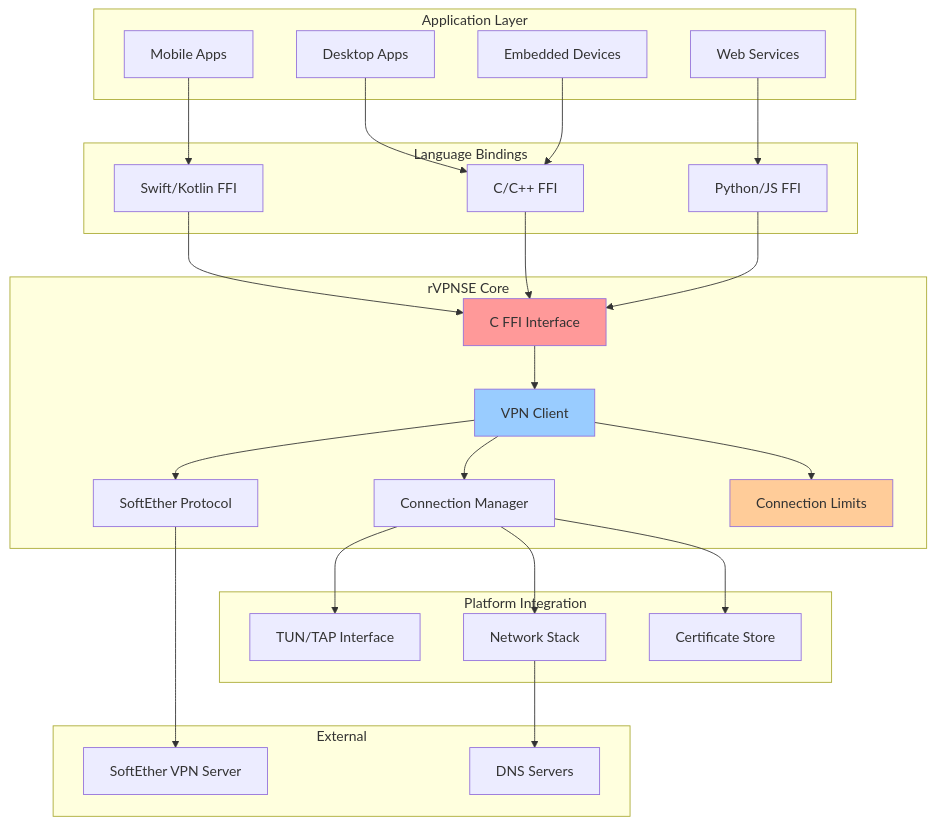
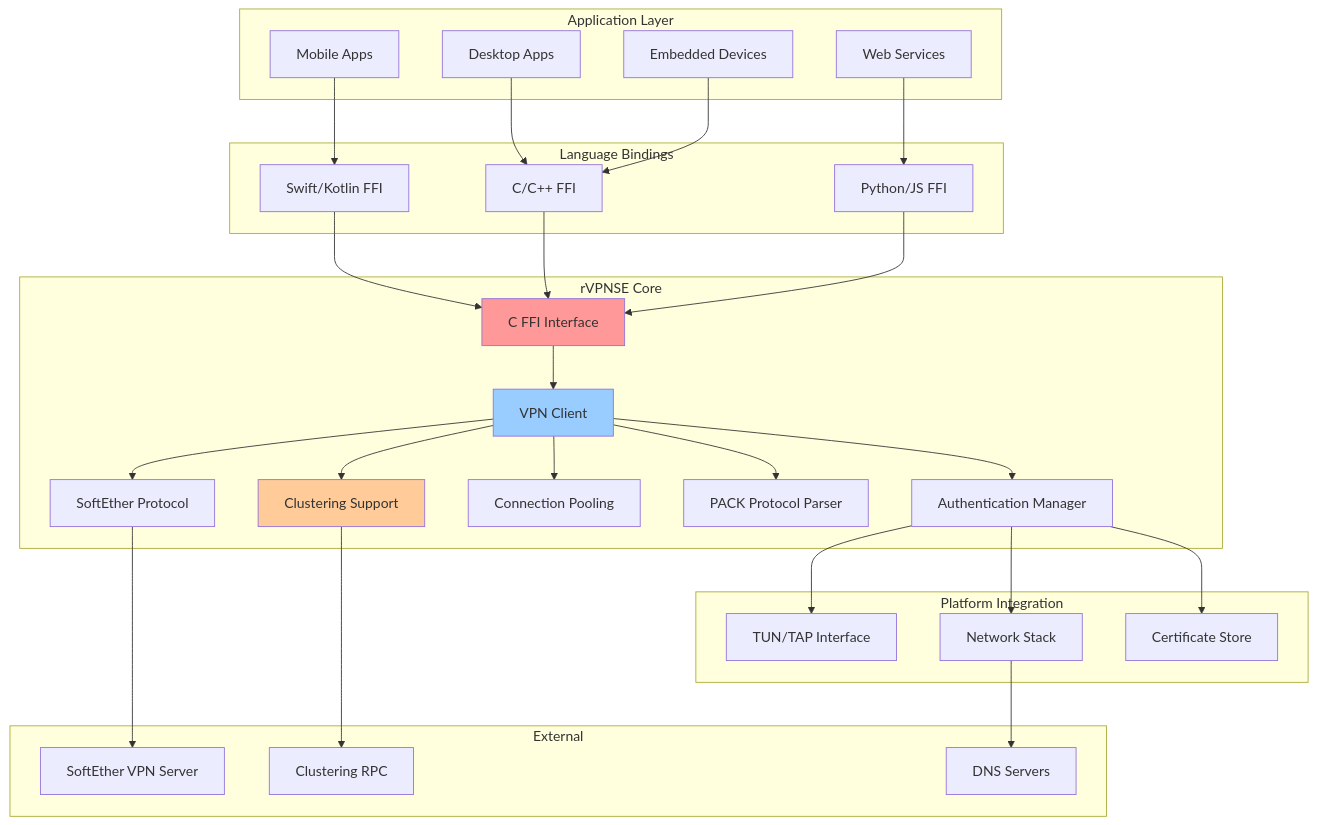
One commit to dev5-devstroop/rVPNSE changed the first of 2 diagrams in README.md. Above: the diagram before and after it, drawn with Mermaid. The commit also changed other lines of this file and 9 other files, not shown here.

First line of the commit message:
feat: Implement real TUN interface and binary protocol for VPN functionality

````diff
--- a/README.md
+++ b/README.md
@@ -106,59 +136,65 @@
 ```mermaid
 graph TB
     subgraph "Application Layer"
         A[Mobile Apps]
         B[Desktop Apps] 
         C[Web Services]
         D[Embedded Devices]
     end
     
     subgraph "Language Bindings"
         E[Swift/Kotlin FFI]
         F[C/C++ FFI]
         G[Python/JS FFI]
     end
     
     subgraph "rVPNSE Core"
         H[C FFI Interface]
         I[VPN Client]
-        J[Connection Manager]
+        J[Authentication Manager]
         K[SoftEther Protocol]
-        L[Connection Limits]
+        L[Connection Pooling]
+        M[PACK Protocol Parser]
+        N[Clustering Support]
     end
     
     subgraph "Platform Integration"
-        M[TUN/TAP Interface]
-        N[Network Stack]
-        O[Certificate Store]
+        O[TUN/TAP Interface]
+        P[Network Stack]
+        Q[Certificate Store]
     end
     
     subgraph "External"
-        P[SoftEther VPN Server]
-        Q[DNS Servers]
+        R[SoftEther VPN Server]
+        S[Clustering RPC]
+        T[DNS Servers]
     end
     
     A --> E
     B --> F
     C --> G
     D --> F
     
     E --> H
     F --> H
     G --> H
     
     H --> I
     I --> J
     I --> K
     I --> L
+    I --> M
+    I --> N
     
-    J --> M
-    J --> N
     J --> O
+    J --> P
+    J --> Q
     
-    K --> P
-    N --> Q
+    K --> R
+    N --> S
+    P --> T
     
     style I fill:#99ccff
-    style L fill:#ffcc99
+    style N fill:#ffcc99
     style H fill:#ff9999
 ```
````
